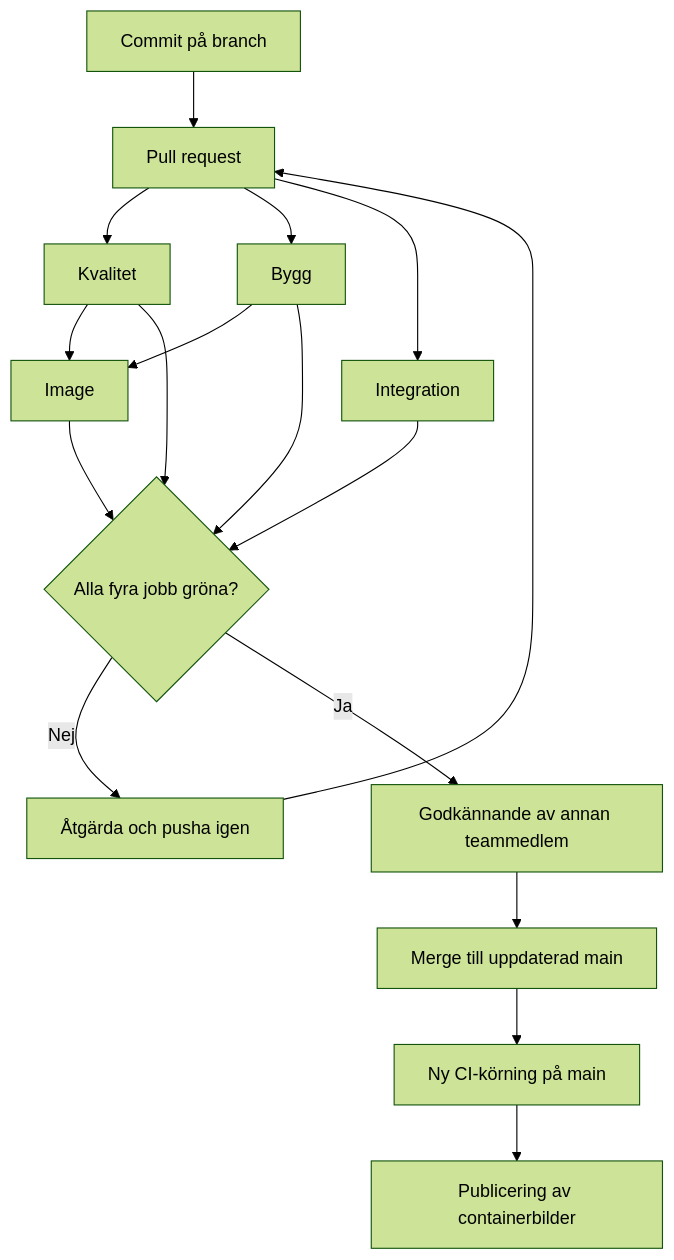
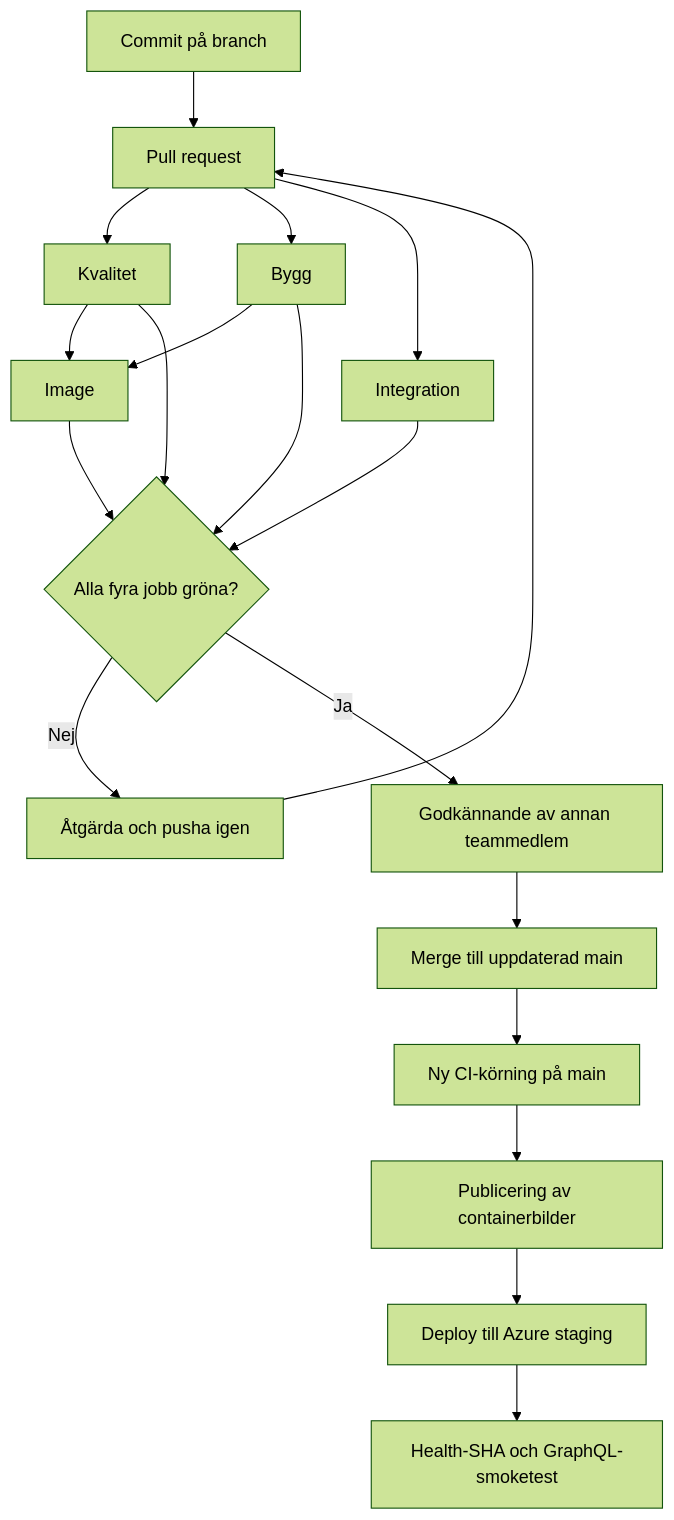
The diagram in docs/pipeline.md (Thebeatkicks/DevVuers), drawn with Mermaid (forest theme) before and after one commit. The commit also changed other lines of this file and 4 other files, not shown here.

````diff
--- a/docs/pipeline.md
+++ b/docs/pipeline.md
@@ -8,23 +8,25 @@
 ```mermaid
 flowchart TD
   C[Commit på branch] --> PR[Pull request]
   PR --> Q[Kvalitet]
   PR --> B[Bygg]
   PR --> I[Integration]
 
   Q --> IMG[Image]
   B --> IMG
 
   Q --> CHECK{Alla fyra jobb gröna?}
   B --> CHECK
   I --> CHECK
   IMG --> CHECK
 
   CHECK -->|Nej| FIX[Åtgärda och pusha igen]
   FIX --> PR
 
   CHECK -->|Ja| REVIEW[Godkännande av annan teammedlem]
   REVIEW --> MERGE[Merge till uppdaterad main]
   MERGE --> MAIN[Ny CI-körning på main]
   MAIN --> GHCR[Publicering av containerbilder]
+  GHCR --> DEPLOY[Deploy till Azure staging]
+  DEPLOY --> VERIFY[Health-SHA och GraphQL-smoketest]
 ```
````
